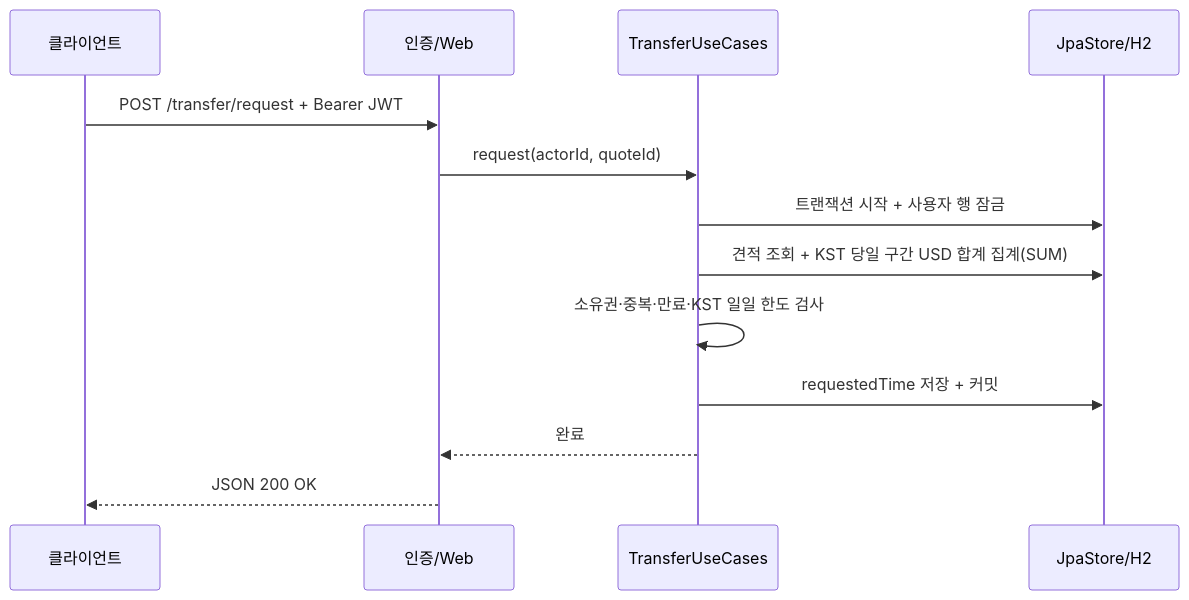
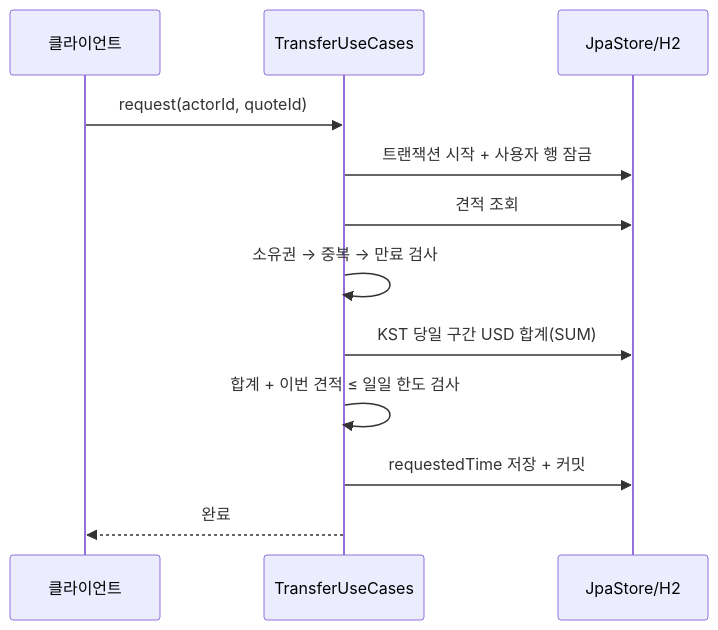
One commit to ssipflow/GlobalRemittance changed the third of 5 diagrams in docs/application/architecture.md. Above: the diagram before and after it, drawn with Mermaid. The commit also changed other lines of this file and 5 other files, not shown here.

````diff
--- a/docs/application/architecture.md
+++ b/docs/application/architecture.md
@@ -34,15 +58,14 @@
 ```mermaid
 sequenceDiagram
     participant C as 클라이언트
-    participant W as 인증/Web
     participant A as TransferUseCases
     participant P as JpaStore/H2
-    C->>W: POST /transfer/request + Bearer JWT
-    W->>A: request(actorId, quoteId)
+    C->>A: request(actorId, quoteId)
     A->>P: 트랜잭션 시작 + 사용자 행 잠금
-    A->>P: 견적 조회 + KST 당일 구간 USD 합계 집계(SUM)
-    A->>A: 소유권·중복·만료·KST 일일 한도 검사
+    A->>P: 견적 조회
+    A->>A: 소유권 → 중복 → 만료 검사
+    A->>P: KST 당일 구간 USD 합계(SUM)
+    A->>A: 합계 + 이번 견적 ≤ 일일 한도 검사
     A->>P: requestedTime 저장 + 커밋
-    A-->>W: 완료
-    W-->>C: JSON 200 OK
+    A-->>C: 완료
 ```
````
